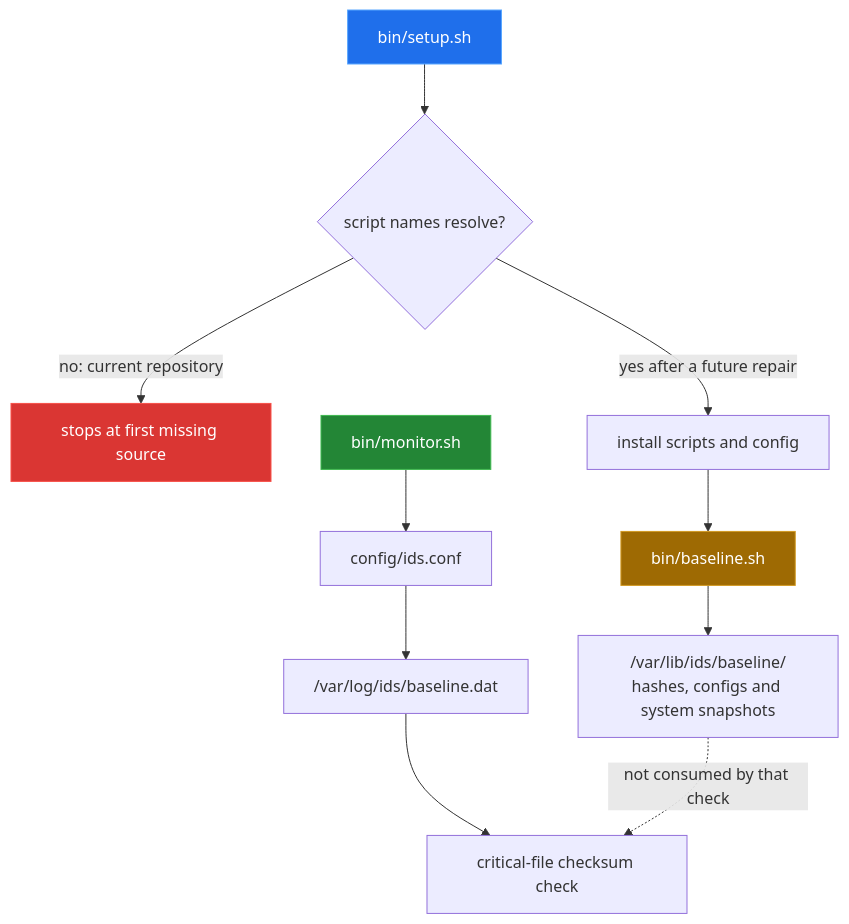
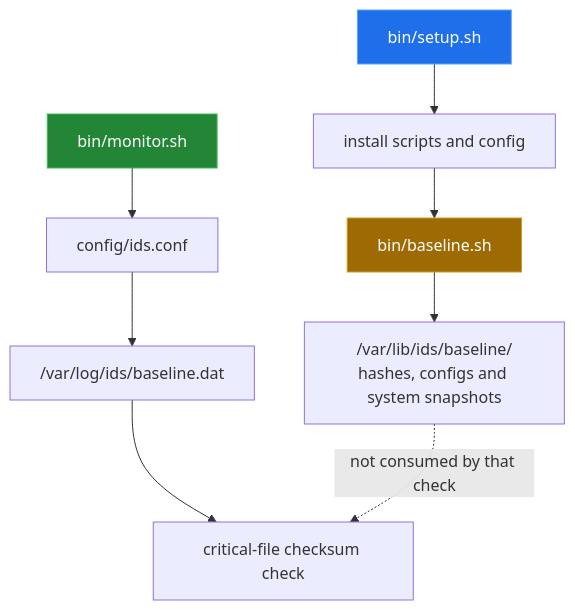
The diagram in docs/baseline-and-operation.md (Bissbert/posix-ids), drawn with Mermaid before and after one commit. The commit also changed other lines of this file and 10 other files, not shown here.

````diff
--- a/docs/baseline-and-operation.md
+++ b/docs/baseline-and-operation.md
@@ -10,17 +10,14 @@
 ```mermaid
 flowchart TD
-    S["bin/setup.sh"] --> N{"script names resolve?"}
-    N -- "no: current repository" --> X["stops at first missing source"]
-    N -- "yes after a future repair" --> I["install scripts and config"]
+    S["bin/setup.sh"] --> I["install scripts and config"]
     I --> B["bin/baseline.sh"]
     B --> L["/var/lib/ids/baseline/<br/>hashes, configs and system snapshots"]
     M["bin/monitor.sh"] --> C["config/ids.conf"]
     C --> F["/var/log/ids/baseline.dat"]
     F --> K["critical-file checksum check"]
     L -. "not consumed by that check" .-> K
 
     style S fill:#1f6feb,stroke:#58a6ff,color:#fff
     style B fill:#9e6a03,stroke:#d29922,color:#fff
     style M fill:#238636,stroke:#3fb950,color:#fff
-    style X fill:#da3633,stroke:#f85149,color:#fff
 ```
````
